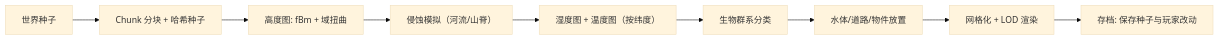
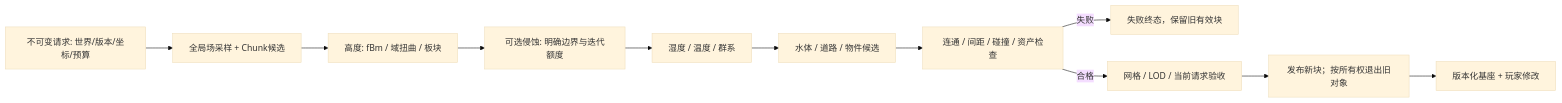
The second of 2 diagrams in 知识/02-数学与游戏算法/随机采样与程序化生成/02-程序化生成.md (fantuan812/learning), drawn with Mermaid (base theme) before and after one commit. The commit also changed other lines of this file and 1 other file, not shown here.

````diff
--- a/知识/02-数学与游戏算法/随机采样与程序化生成/02-程序化生成.md
+++ b/知识/02-数学与游戏算法/随机采样与程序化生成/02-程序化生成.md
@@ -353,11 +511,13 @@
 ```mermaid
 flowchart LR
-    A["世界种子"] --> B["Chunk 分块 + 哈希种子"]
-    B --> C["高度图: fBm + 域扭曲"]
-    C --> D["侵蚀模拟（河流/山脊）"]
-    D --> E["湿度图 + 温度图（按纬度）"]
-    E --> F["生物群系分类"]
-    F --> G["水体/道路/物件放置"]
-    G --> H["网格化 + LOD 渲染"]
-    H --> I["存档: 保存种子与玩家改动"]
+    A["不可变请求: 世界/版本/坐标/预算"] --> B["全局场采样 + Chunk候选"]
+    B --> C["高度: fBm / 域扭曲 / 板块"]
+    C --> D["可选侵蚀: 明确边界与迭代额度"]
+    D --> E["湿度 / 温度 / 群系"]
+    E --> F["水体 / 道路 / 物件候选"]
+    F --> G["连通 / 间距 / 碰撞 / 资产检查"]
+    G -- 失败 --> X["失败终态，保留旧有效块"]
+    G -- 合格 --> H["网格 / LOD / 当前请求验收"]
+    H --> I["发布新块；按所有权退出旧对象"]
+    I --> J["版本化基座 + 玩家修改"]
 ```
````
